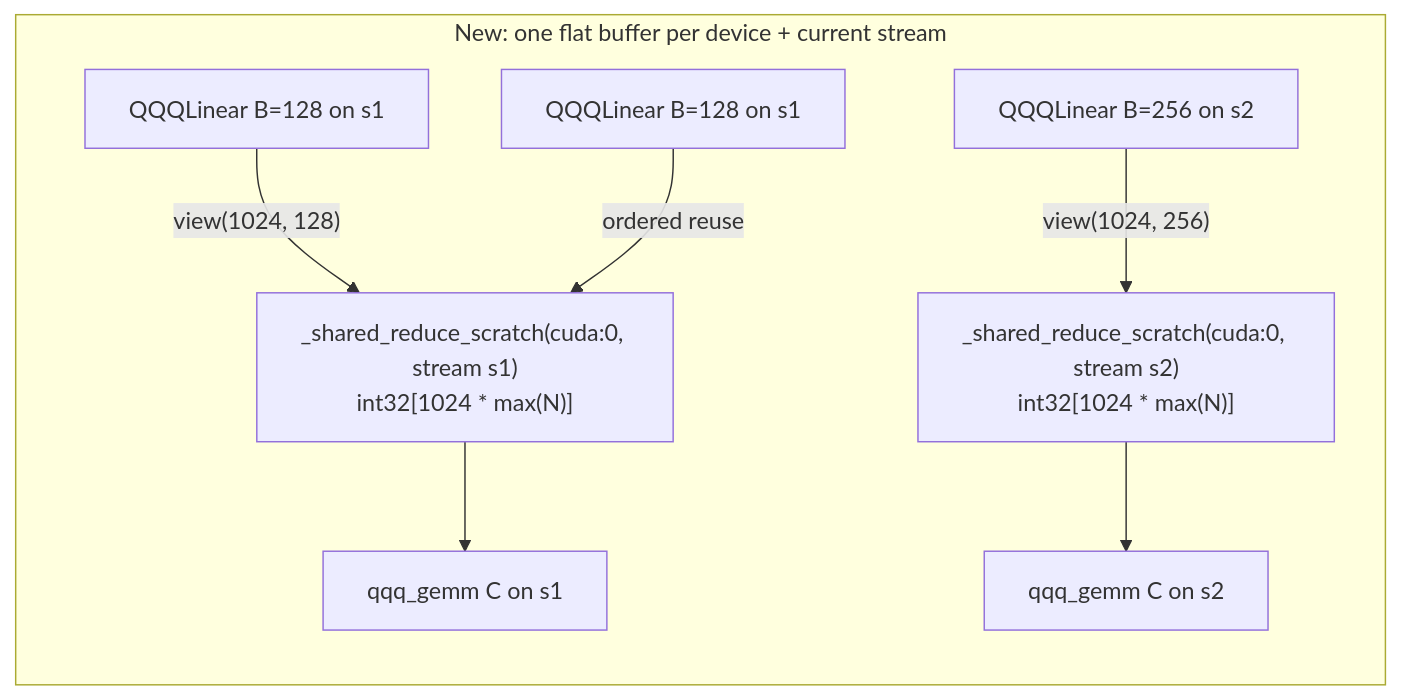
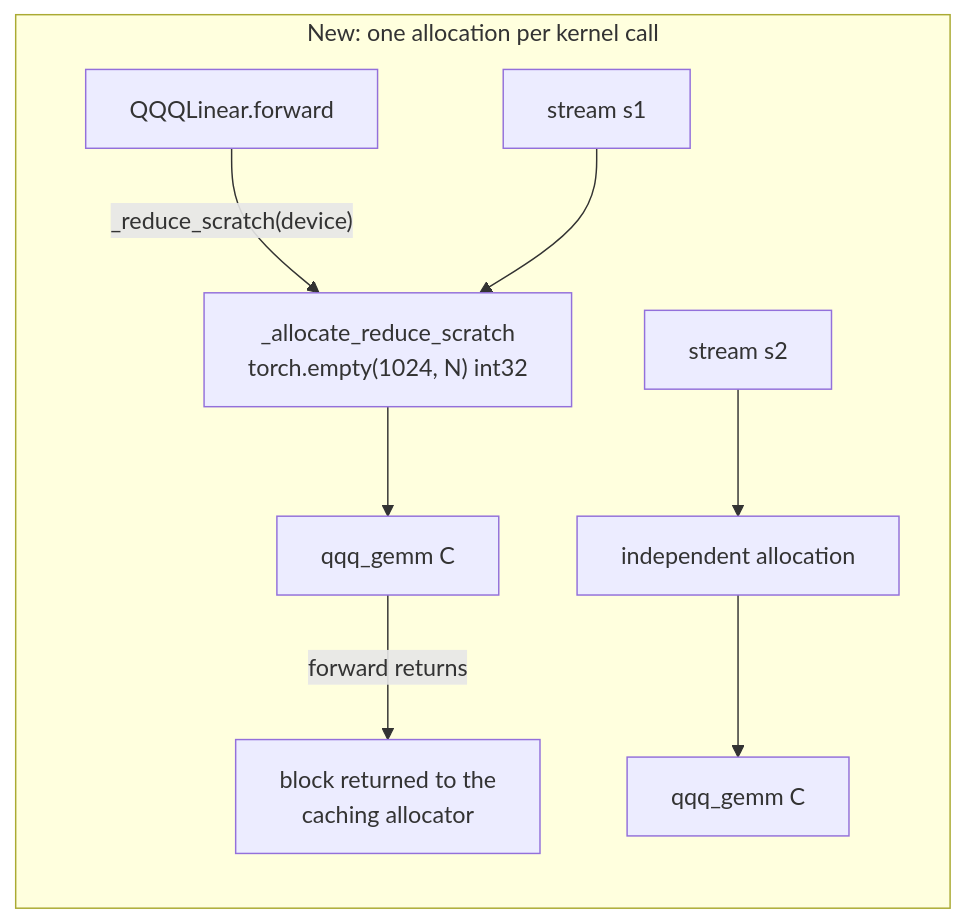
One commit to ModelCloud/GPTQModel changed the second of 6 diagrams in docs/kernel-scratch-lifecycle.md. Above: the diagram before and after it, drawn with Mermaid. The commit also changed other lines of this file and 5 other files, not shown here.

First line of the commit message:
fix(qqq): allocate the reduce scratch per call instead of caching it (#4621)

````diff
--- a/docs/kernel-scratch-lifecycle.md
+++ b/docs/kernel-scratch-lifecycle.md
@@ -28,12 +38,11 @@
 ```mermaid
 flowchart LR
-    subgraph NEW["New: one flat buffer per device + current stream"]
-        R1["_shared_reduce_scratch(cuda:0, stream s1)<br/>int32[1024 * max(N)]"]
-        R2["_shared_reduce_scratch(cuda:0, stream s2)<br/>int32[1024 * max(N)]"]
-        L1["QQQLinear B=128 on s1"] -->|"view(1024, 128)"| R1
-        L2["QQQLinear B=128 on s1"] -->|"ordered reuse"| R1
-        L3["QQQLinear B=256 on s2"] -->|"view(1024, 256)"| R2
-        R1 --> K1["qqq_gemm C on s1"]
-        R2 --> K2["qqq_gemm C on s2"]
+    subgraph NEW["New: one allocation per kernel call"]
+        L1["QQQLinear.forward"] -->|"_reduce_scratch(device)"| A1["_allocate_reduce_scratch<br/>torch.empty(1024, N) int32"]
+        A1 --> K1["qqq_gemm C"]
+        K1 -->|"forward returns"| FREE["block returned to the<br/>caching allocator"]
+        S1["stream s1"] --> A1
+        S2["stream s2"] --> A2["independent allocation"]
+        A2 --> K2["qqq_gemm C"]
     end
 ```
````
